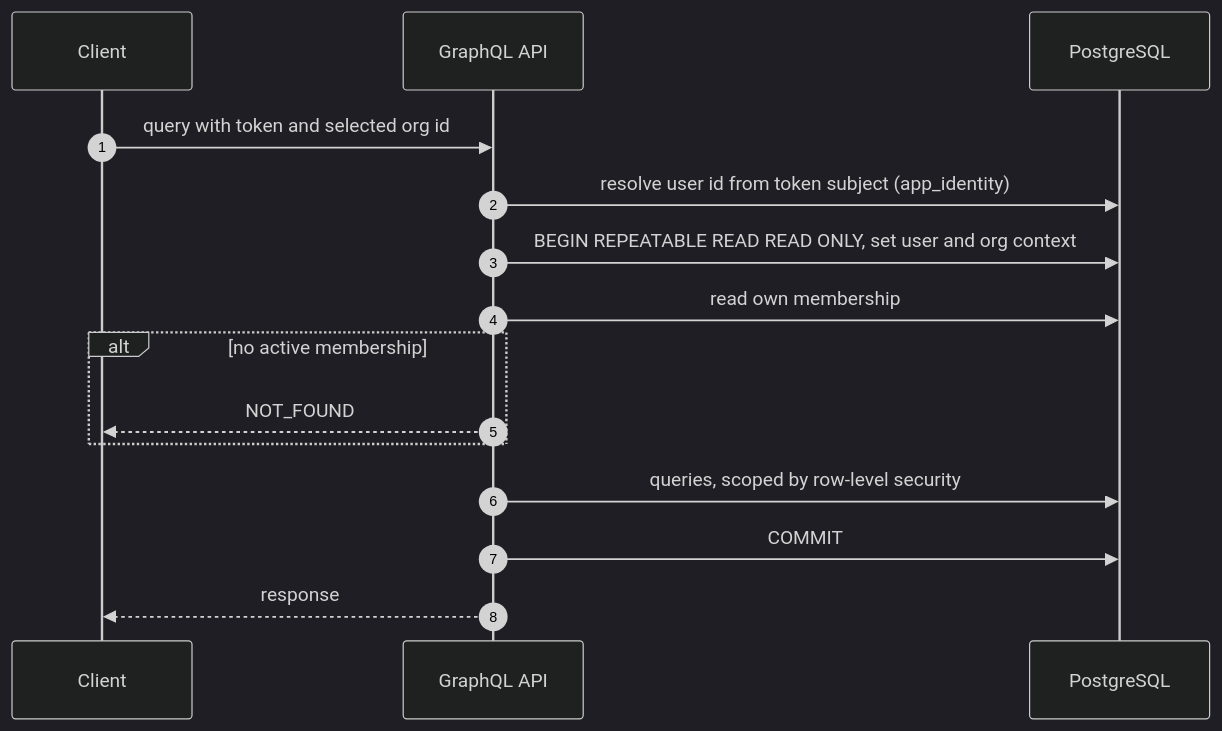
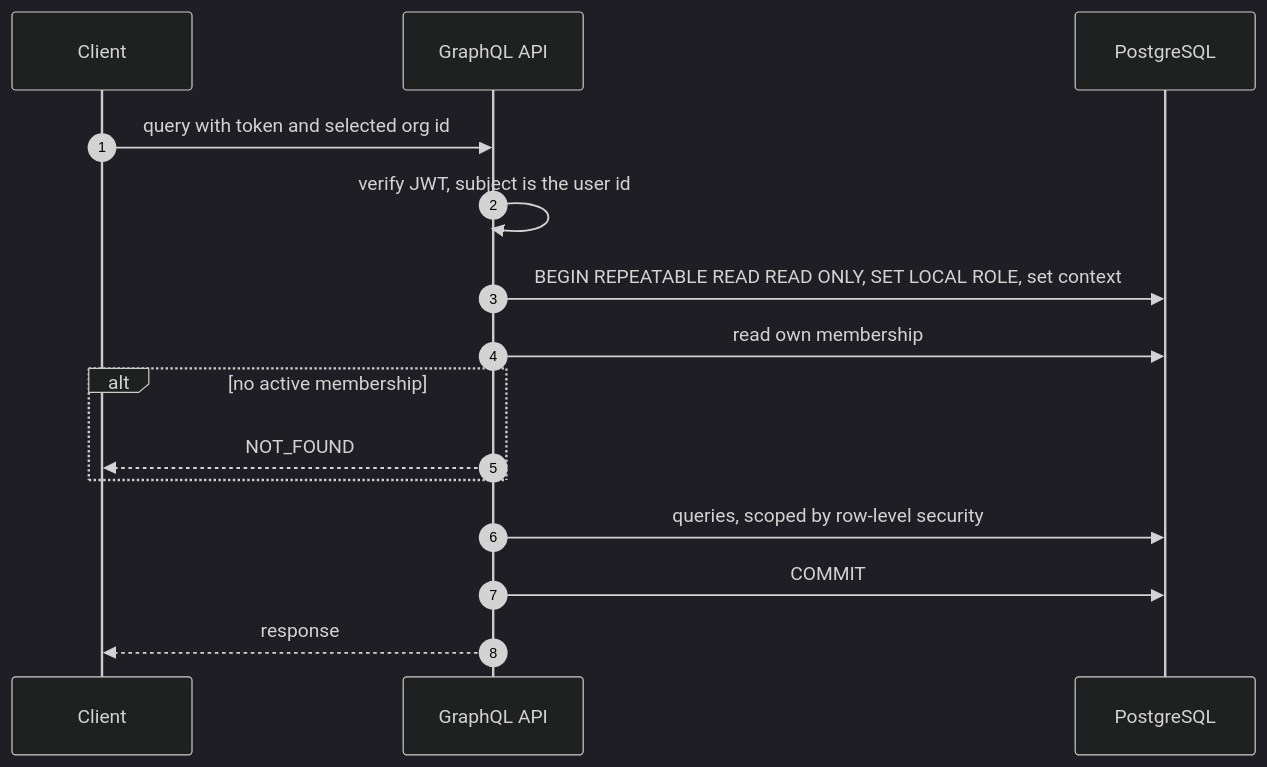
One commit to JeelVankhede/taskloom changed the diagram in docs/2.1-api-design.md. Above: the diagram before and after it, drawn with Mermaid (dark theme). The commit also changed other lines of this file and 8 other files, not shown here.

````diff
--- a/docs/2.1-api-design.md
+++ b/docs/2.1-api-design.md
@@ -3,17 +3,17 @@
 ```mermaid
 sequenceDiagram
     autonumber
     participant C as Client
     participant API as GraphQL API
     participant DB as PostgreSQL
     C->>API: query with token and selected org id
-    API->>DB: resolve user id from token subject (app_identity)
-    API->>DB: BEGIN REPEATABLE READ READ ONLY, set user and org context
+    API->>API: verify JWT, subject is the user id
+    API->>DB: BEGIN REPEATABLE READ READ ONLY, SET LOCAL ROLE, set context
     API->>DB: read own membership
     alt no active membership
         API-->>C: NOT_FOUND
     end
     API->>DB: queries, scoped by row-level security
     API->>DB: COMMIT
     API-->>C: response
 ```
````
